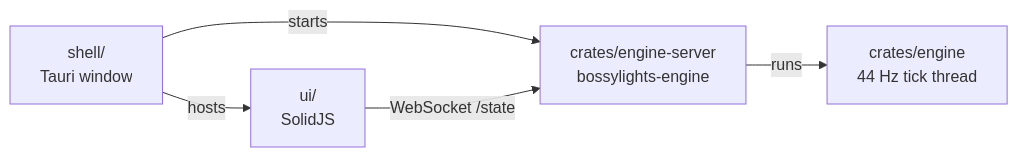
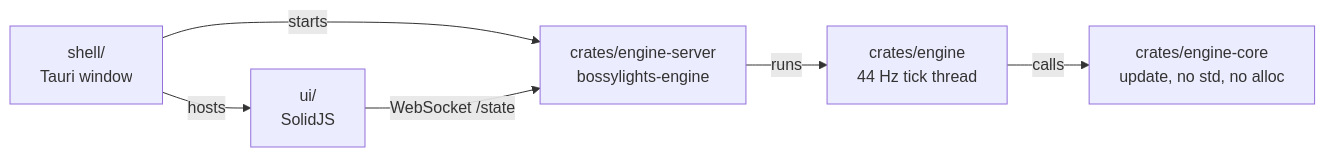
The diagram in README.md (abossard/bossylights), drawn with Mermaid before and after one commit. The commit also changed other lines of this file and 2 other files, not shown here.

````diff
--- a/README.md
+++ b/README.md
@@ -25,7 +25,8 @@
 ```mermaid
 flowchart LR
   SH["shell/<br/>Tauri window"] -- "starts" --> EB["crates/engine-server<br/>bossylights-engine"]
   EB -- "runs" --> EN["crates/engine<br/>44 Hz tick thread"]
+  EN -- "calls" --> CO["crates/engine-core<br/>update, no std, no alloc"]
   SH -- "hosts" --> UI["ui/<br/>SolidJS"]
   UI -- "WebSocket /state" --> EB
 ```
````
